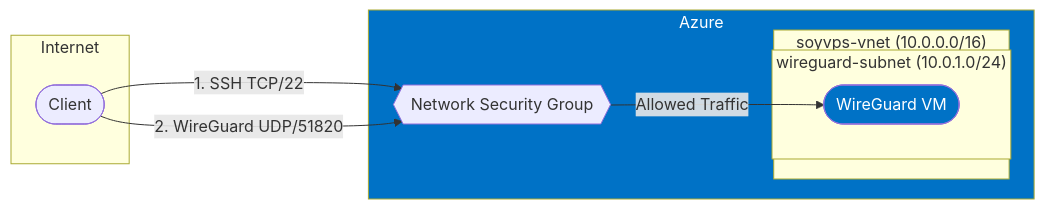
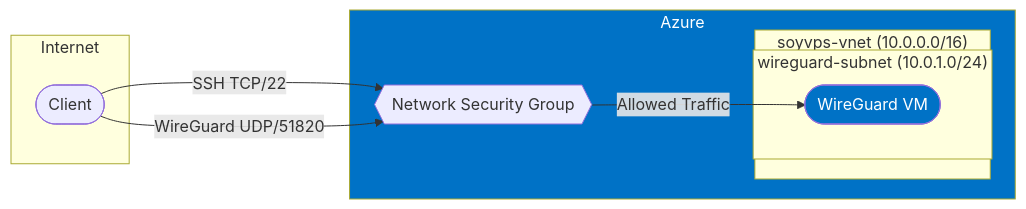
One commit to kpoxo6op/soyvps changed the second of 2 diagrams in network/README.md. Above: the diagram before and after it, drawn with Mermaid. The commit also changed other lines of this file and 3 other files, not shown here.

````diff
--- a/network/README.md
+++ b/network/README.md
@@ -47,23 +43,23 @@
 ```mermaid
 flowchart LR
     subgraph Internet
         Client([Client])
     end
     
     subgraph Azure
         subgraph "soyvps-vnet (10.0.0.0/16)"
             subgraph "wireguard-subnet (10.0.1.0/24)"
                 VM([WireGuard VM])
             end
         end
         
         NSG{{Network Security Group}}
     end
     
-    Client -- 1. SSH TCP/22 --> NSG
-    Client -- 2. WireGuard UDP/51820 --> NSG
+    Client -- SSH TCP/22 --> NSG
+    Client -- WireGuard UDP/51820 --> NSG
     NSG -- Allowed Traffic --> VM
     
     classDef azure fill:#0072C6,color:white
     class Azure,soyvps-vnet,wireguard-subnet,VM azure
 ```
````
